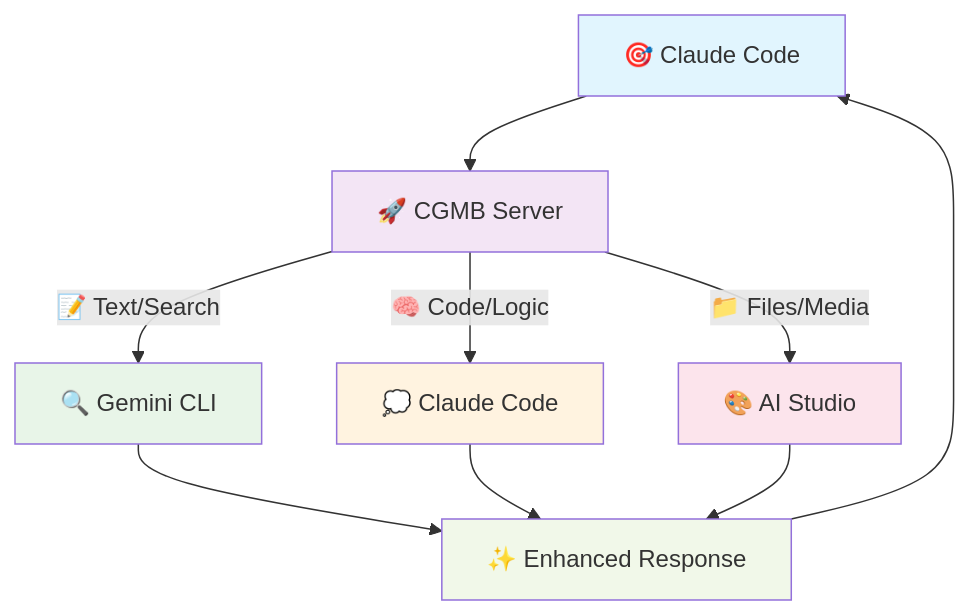
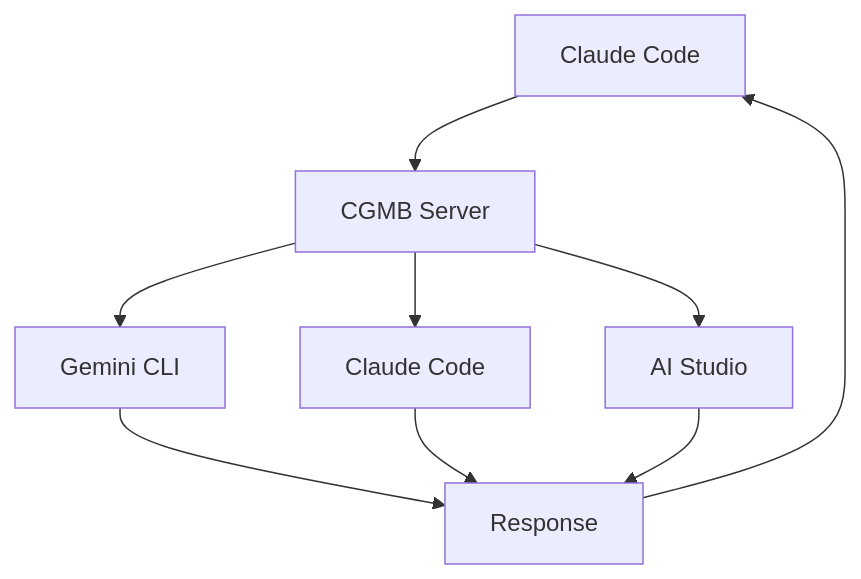
One commit to goodaymmm/claude-gemini-multimodal-bridge changed the diagram in README.md. Above: the diagram before and after it, drawn with Mermaid.

Commit message:
🔧 fix: Clean up architecture diagram positioning
- Remove emojis and colors for cleaner appearance
- Simplify node layout for better readability
- Focus on clear structural relationships
- Maintain clean, professional diagram style

🤖 Generated with [Claude Code](https://claude.ai/code)

````diff
--- a/README.md
+++ b/README.md
@@ -36,21 +36,14 @@
 ```mermaid
 graph TD
-    A[🎯 Claude Code] --> B[🚀 CGMB Server]
+    A[Claude Code] --> B[CGMB Server]
     
-    B -->|📝 Text/Search| C[🔍 Gemini CLI]
-    B -->|🧠 Code/Logic| D[💭 Claude Code] 
-    B -->|📁 Files/Media| E[🎨 AI Studio]
+    B --> C[Gemini CLI]
+    B --> D[Claude Code] 
+    B --> E[AI Studio]
     
-    C --> F[✨ Enhanced Response]
+    C --> F[Response]
     D --> F
     E --> F
     
     F --> A
-    
-    style A fill:#e1f5fe
-    style B fill:#f3e5f5
-    style C fill:#e8f5e8
-    style D fill:#fff3e0
-    style E fill:#fce4ec
-    style F fill:#f1f8e9
 ```
````
